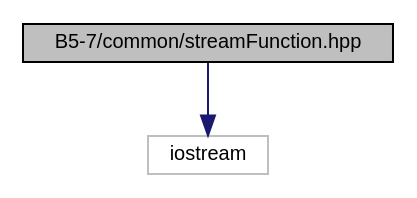
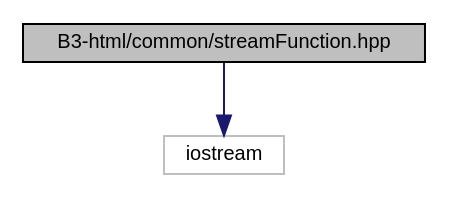
The diagram in stream_function_8hpp__incl.dot (foxthere/foxthere.github.io), drawn with Graphviz before and after one commit. The commit also changed 309 other files, not shown here.

```diff
--- a/stream_function_8hpp__incl.dot
+++ b/stream_function_8hpp__incl.dot
@@ -1,9 +1,9 @@
-digraph "B5-7/common/streamFunction.hpp"
+digraph "B3-html/common/streamFunction.hpp"
 {
  // LATEX_PDF_SIZE
   edge [fontname="Helvetica",fontsize="10",labelfontname="Helvetica",labelfontsize="10"];
   node [fontname="Helvetica",fontsize="10",shape=record];
-  Node1 [label="B5-7/common/streamFunction.hpp",height=0.2,width=0.4,color="black", fillcolor="grey75", style="filled", fontcolor="black",tooltip=" "];
+  Node1 [label="B3-html/common/streamFunction.hpp",height=0.2,width=0.4,color="black", fillcolor="grey75", style="filled", fontcolor="black",tooltip=" "];
   Node1 -> Node2 [color="midnightblue",fontsize="10",style="solid",fontname="Helvetica"];
   Node2 [label="iostream",height=0.2,width=0.4,color="grey75", fillcolor="white", style="filled",tooltip=" "];
 }
```
